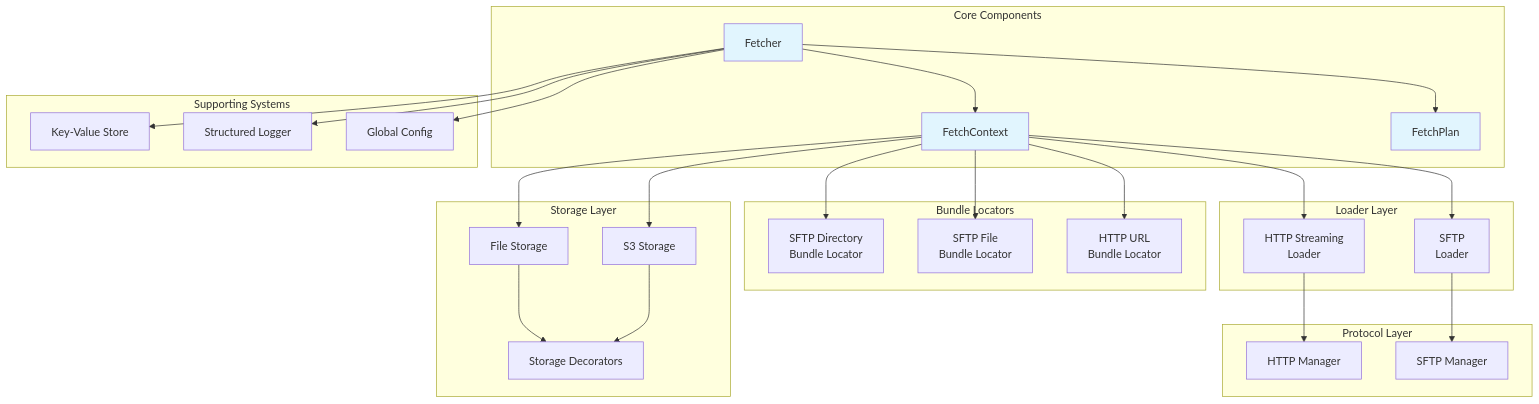
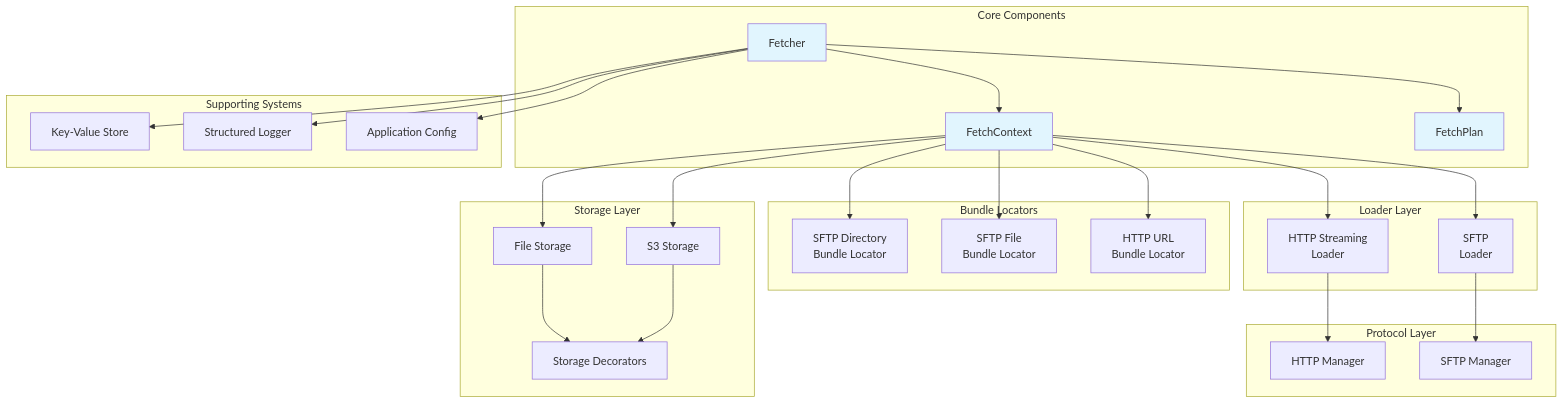
One commit to oc-ben-ellis/data-fetcher-app changed the fourth of 4 diagrams in docs/01_architecture/overview.md. Above: the diagram before and after it, drawn with Mermaid. The commit also changed other lines of this file and 96 other files, not shown here.

````diff
--- a/docs/01_architecture/overview.md
+++ b/docs/01_architecture/overview.md
@@ -372,64 +372,64 @@
 ```mermaid
 graph TD
     subgraph "Core Components"
         Fetcher[Fetcher]
         Context[FetchContext]
         Plan[FetchPlan]
     end
 
     subgraph "Bundle Locators"
         Provider1[SFTP Directory<br/>Bundle Locator]
         Provider2[SFTP File<br/>Bundle Locator]
         Provider3[HTTP URL<br/>Bundle Locator]
     end
 
     subgraph "Protocol Layer"
         HttpManager[HTTP Manager]
         SftpManager[SFTP Manager]
     end
 
     subgraph "Loader Layer"
         HttpLoader[HTTP Streaming<br/>Loader]
         SftpLoader[SFTP<br/>Loader]
     end
 
     subgraph "Storage Layer"
         FileStorage[File Storage]
         S3Storage[S3 Storage]
         Decorators[Storage Decorators]
     end
 
     subgraph "Supporting Systems"
         KVStore[Key-Value Store]
         Logger[Structured Logger]
-        Config[Global Config]
+        Config[Application Config]
     end
 
     %% Core relationships
     Fetcher --> Context
     Fetcher --> Plan
     Context --> Provider1
     Context --> Provider2
     Context --> Provider3
     Context --> HttpLoader
     Context --> SftpLoader
     Context --> FileStorage
     Context --> S3Storage
 
     %% Protocol relationships
     HttpLoader --> HttpManager
     SftpLoader --> SftpManager
 
     %% Storage relationships
     FileStorage --> Decorators
     S3Storage --> Decorators
 
     %% Supporting relationships
     Fetcher --> KVStore
     Fetcher --> Logger
     Fetcher --> Config
 
     style Fetcher fill:#e1f5fe
     style Context fill:#e1f5fe
     style Plan fill:#e1f5fe
 ```
````
